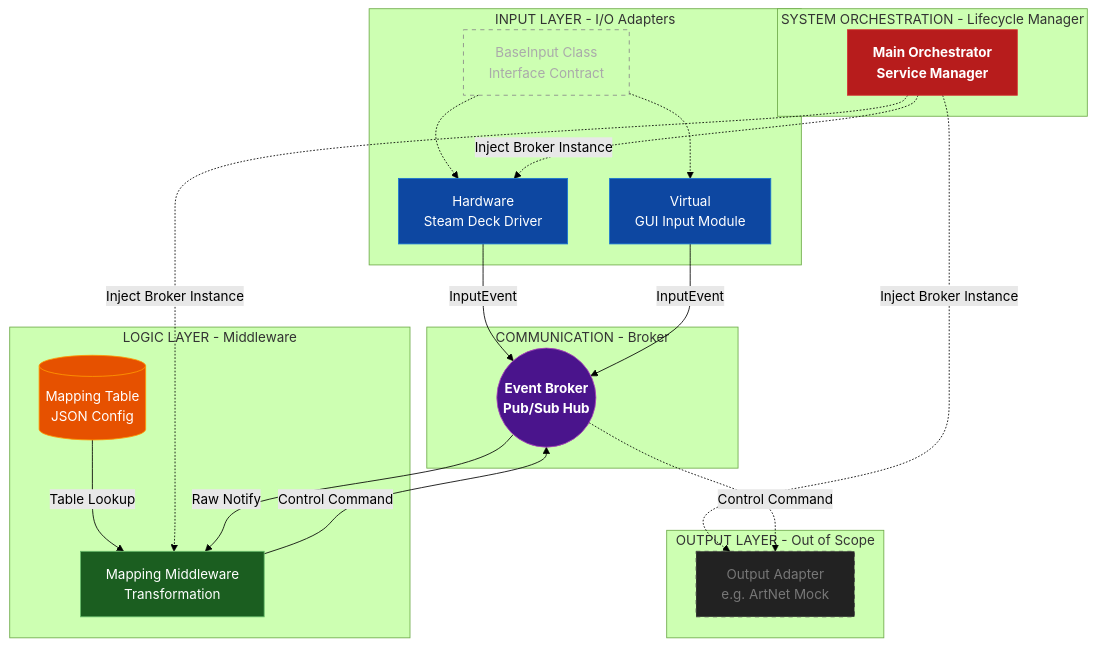
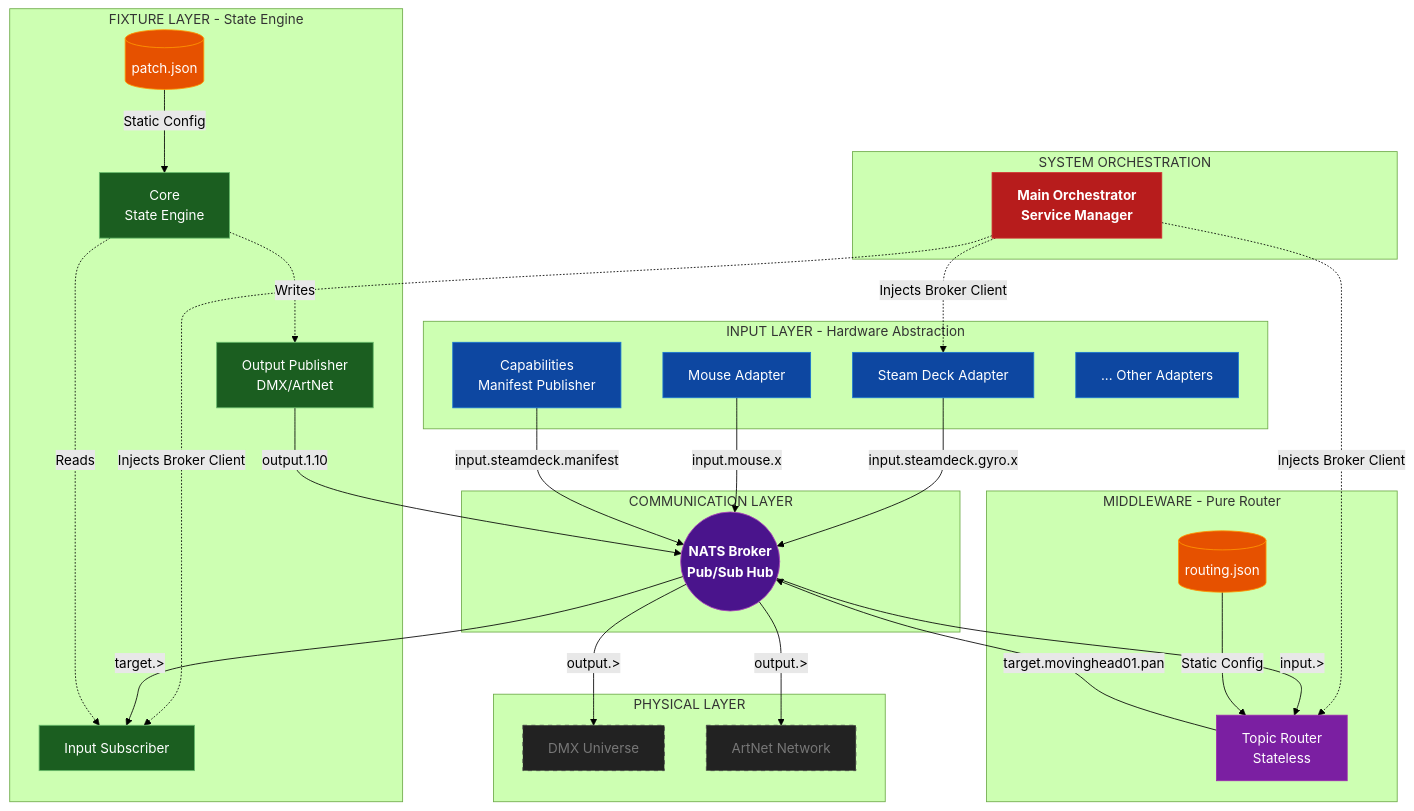
Before and after one commit to weber-moritz/apelios: the diagram in docs/ARCHITECTURE.md, drawn with Mermaid (forest theme). The commit also changed other lines of this file and 14 other files, not shown here.

````diff
--- a/docs/ARCHITECTURE.md
+++ b/docs/ARCHITECTURE.md
@@ -17,49 +25,67 @@
 ```mermaid
 graph TD
     %% Define Styles
     classDef orch fill:#b71c1c,stroke:#d32f2f,color:#fff,font-weight:bold;
     classDef input fill:#0d47a1,stroke:#1976d2,color:#fff;
     classDef broker fill:#4a148c,stroke:#ab47bc,color:#fff,font-weight:bold;
-    classDef logic fill:#1b5e20,stroke:#66bb6a,color:#fff;
+    classDef middleware fill:#7b1fa2,stroke:#9c27b0,color:#fff;
+    classDef fixture fill:#1b5e20,stroke:#66bb6a,color:#fff;
     classDef config fill:#e65100,stroke:#ff9800,color:#fff;
     classDef output fill:#222,stroke:#444,color:#777,stroke-dasharray: 5 5;
-    classDef interface fill:none,stroke:#888,color:#aaa,stroke-dasharray: 5 5;
 
-    subgraph SYSTEM ORCHESTRATION [SYSTEM ORCHESTRATION - Lifecycle Manager]
-        Orch[Main Orchestrator<br>Service Manager]:::orch
+    subgraph ORCH[SYSTEM ORCHESTRATION]
+        Orch[Main Orchestrator\nService Manager]:::orch
     end
 
-    subgraph COMMUNICATION [COMMUNICATION - Broker]
-        Broker((Event Broker<br>Pub/Sub Hub)):::broker
+    subgraph BROKER[COMMUNICATION LAYER]
+        Broker((NATS Broker\nPub/Sub Hub)):::broker
     end
 
-    subgraph INPUT LAYER [INPUT LAYER - I/O Adapters]
-        HW[Hardware<br>Steam Deck Driver]:::input
-        GUI[Virtual<br>GUI Input Module]:::input
-        BaseI[BaseInput Class<br>Interface Contract]:::interface
-        BaseI -.-> HW
-        BaseI -.-> GUI
+    subgraph INPUT[INPUT LAYER - Hardware Abstraction]
+        Manifest[Capabilities\nManifest Publisher]:::input
+        Input1[Steam Deck Adapter]:::input
+        Input2[Mouse Adapter]:::input
+        Input3[... Other Adapters]:::input
     end
 
-    subgraph LOGIC LAYER [LOGIC LAYER - Middleware]
-        Map[Mapping Middleware<br>Transformation]:::logic
-        JSON[(Mapping Table<br>JSON Config)]:::config
-        JSON -- Table Lookup --> Map
+    subgraph MW[MIDDLEWARE - Pure Router]
+        Router[Topic Router\nStateless]:::middleware
+        RoutingConfig[(routing.json)]:::config
     end
 
-    subgraph OUTPUT LAYER [OUTPUT LAYER - Out of Scope]
-        Out[Output Adapter<br>e.g. ArtNet Mock]:::output
+    subgraph FIX[FIXTURE LAYER - State Engine]
+        FixtureInput[Input Subscriber]:::fixture
+        FixtureCore[Core\nState Engine]:::fixture
+        FixtureOutput[Output Publisher\nDMX/ArtNet]:::fixture
+        PatchConfig[(patch.json)]:::config
     end
 
-    %% Dependency Injection Flow
-    Orch -. Inject Broker Instance .-> HW
-    Orch -. Inject Broker Instance .-> Map
-    Orch -. Inject Broker Instance .-> Out
+    subgraph LIGHTS[PHYSICAL LAYER]
+        DMX[DMX Universe]:::output
+        ArtNet[ArtNet Network]:::output
+    end
 
-    %% Signal Flow
-    HW -- InputEvent --> Broker
-    GUI -- InputEvent --> Broker
-    Broker -- Raw Notify --> Map
-    Map -- Control Command --> Broker
-    Broker -. Control Command .-> Out
+    %% Lifecycle Management
+    Orch -.->|Injects Broker Client| Input1
+    Orch -.->|Injects Broker Client| Router
+    Orch -.->|Injects Broker Client| FixtureInput
+
+    %% Data Flow
+    Input1 -- input.steamdeck.gyro.x --> Broker
+    Input2 -- input.mouse.x --> Broker
+    Manifest -- input.steamdeck.manifest --> Broker
+    
+    Broker -- input.> --> Router
+    RoutingConfig -- Static Config --> Router
+    
+    Router -- target.movinghead01.pan --> Broker
+    Broker -- target.> --> FixtureInput
+    
+    FixtureCore -.->|Reads| FixtureInput
+    FixtureCore -.->|Writes| FixtureOutput
+    PatchConfig -- Static Config --> FixtureCore
+    
+    FixtureOutput -- output.1.10 --> Broker
+    Broker -- output.> --> DMX
+    Broker -- output.> --> ArtNet
 ```
````
